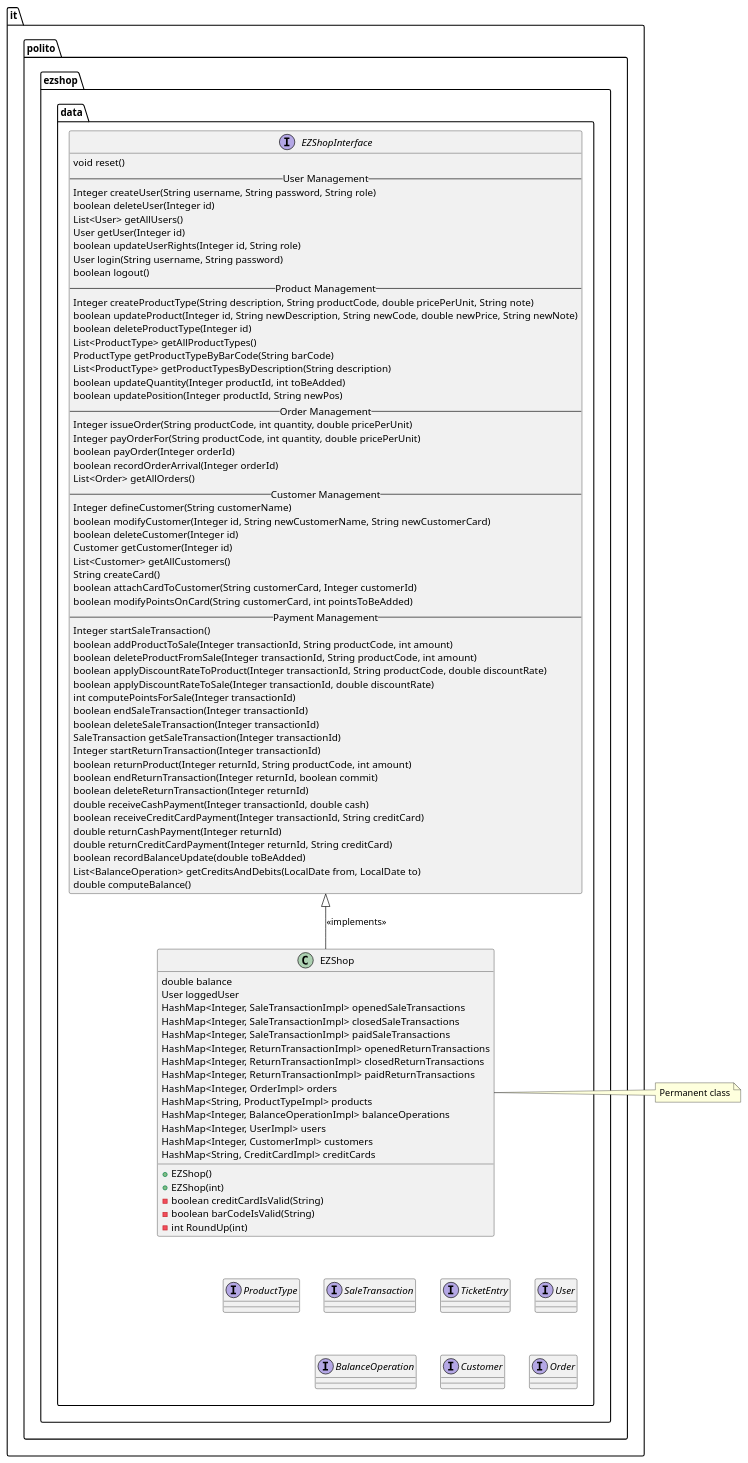
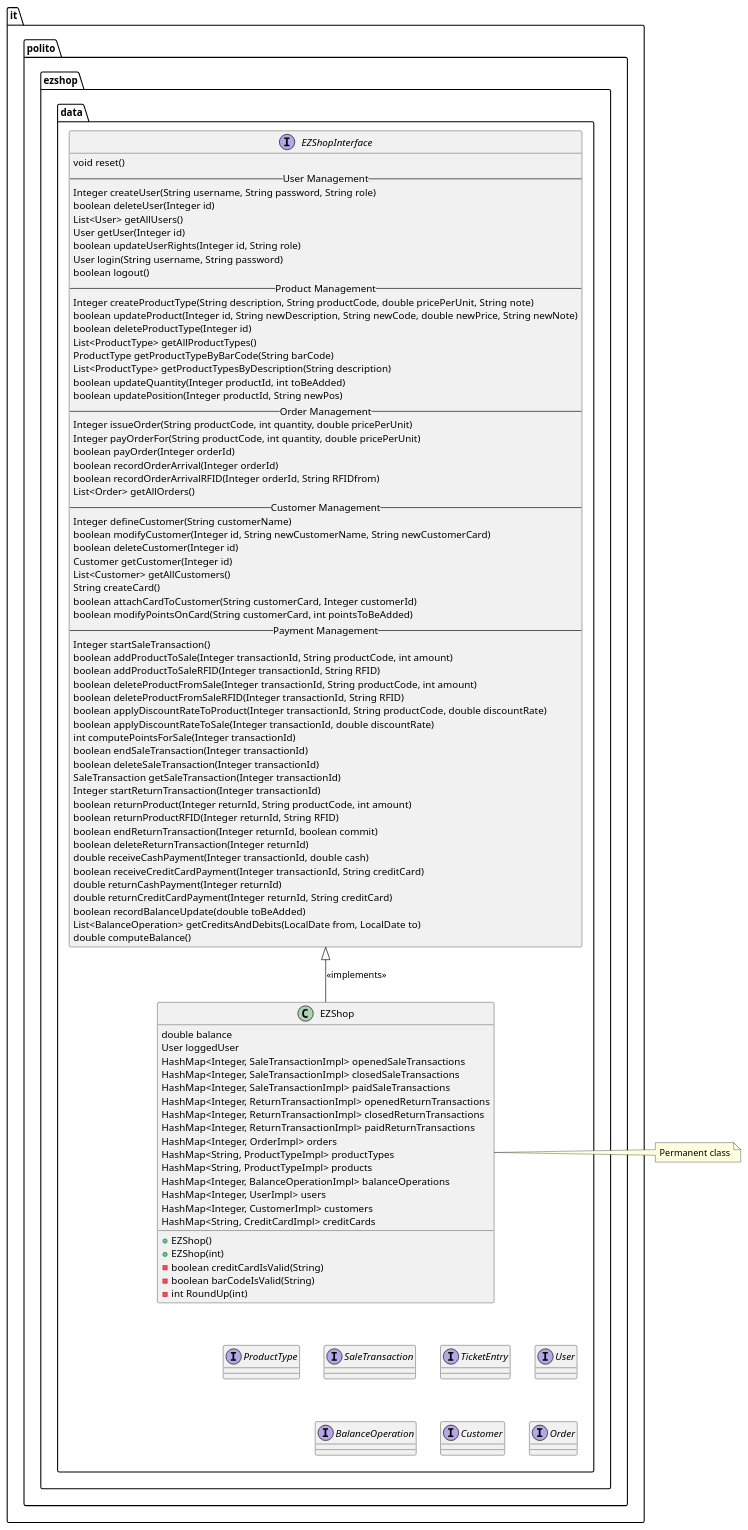
One commit to ThePiromaximus/ezshop changed the second of 19 diagrams in Deliverables/DesignDocument.md. Above: the diagram before and after it, drawn with PlantUML. The commit also changed other lines of this file and 5 other files, not shown here.

```diff
--- a/Deliverables/DesignDocument.md
+++ b/Deliverables/DesignDocument.md
@@ -77,6 +77,7 @@
     Integer payOrderFor(String productCode, int quantity, double pricePerUnit)
     boolean payOrder(Integer orderId) 
     boolean recordOrderArrival(Integer orderId) 
+    boolean recordOrderArrivalRFID(Integer orderId, String RFIDfrom)
     List<Order> getAllOrders() 
     -- Customer Management --
     Integer defineCustomer(String customerName) 
@@ -89,8 +90,10 @@
     boolean modifyPointsOnCard(String customerCard, int pointsToBeAdded) 
     -- Payment Management --
     Integer startSaleTransaction() 
-    boolean addProductToSale(Integer transactionId, String productCode, int amount) 
-    boolean deleteProductFromSale(Integer transactionId, String productCode, int amount) 
+    boolean addProductToSale(Integer transactionId, String productCode, int amount)
+    boolean addProductToSaleRFID(Integer transactionId, String RFID)
+    boolean deleteProductFromSale(Integer transactionId, String productCode, int amount)
+    boolean deleteProductFromSaleRFID(Integer transactionId, String RFID) 
     boolean applyDiscountRateToProduct(Integer transactionId, String productCode, double discountRate) 
     boolean applyDiscountRateToSale(Integer transactionId, double discountRate) 
     int computePointsForSale(Integer transactionId) 
@@ -99,6 +102,7 @@
     SaleTransaction getSaleTransaction(Integer transactionId) 
     Integer startReturnTransaction(Integer transactionId) 
     boolean returnProduct(Integer returnId, String productCode, int amount) 
+    boolean returnProductRFID(Integer returnId, String RFID)
     boolean endReturnTransaction(Integer returnId, boolean commit) 
     boolean deleteReturnTransaction(Integer returnId) 
     double receiveCashPayment(Integer transactionId, double cash) 
@@ -120,6 +124,7 @@
         HashMap<Integer, ReturnTransactionImpl> closedReturnTransactions
         HashMap<Integer, ReturnTransactionImpl> paidReturnTransactions
         HashMap<Integer, OrderImpl> orders
+        HashMap<String, ProductTypeImpl> productTypes
         HashMap<String, ProductTypeImpl> products
         HashMap<Integer, BalanceOperationImpl> balanceOperations
         HashMap<Integer, UserImpl> users
```
